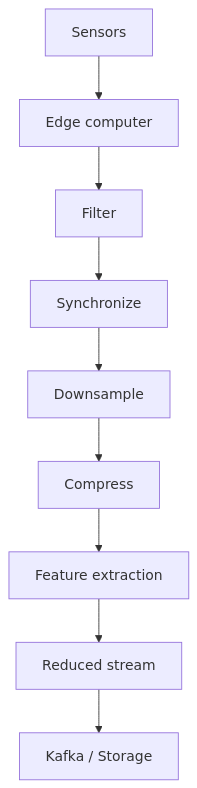
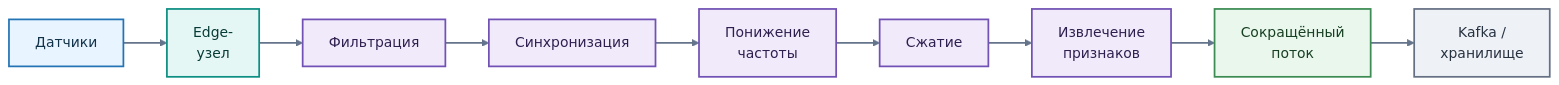
Before and after one commit to BosenkoTM/Big-data-processing-methods: the eighth of 13 diagrams in 2026/lectures/lecture_03_robotics_iot_big_data.md, drawn with Mermaid. The commit also changed other lines of this file, not shown here.

````diff
--- a/2026/lectures/lecture_03_robotics_iot_big_data.md
+++ b/2026/lectures/lecture_03_robotics_iot_big_data.md
@@ -504,11 +588,25 @@
 ```mermaid
-flowchart TD
-    S["Sensors"] --> E["Edge computer"]
-    E --> F["Filter"]
-    F --> SY["Synchronize"]
-    SY --> DS["Downsample"]
-    DS --> C["Compress"]
-    C --> FE["Feature extraction"]
-    FE --> OUT["Reduced stream"]
-    OUT --> KS["Kafka / Storage"]
+flowchart LR
+    S["Датчики"] --> E["Edge-<br/>узел"]
+    E --> F["Фильтрация"]
+    F --> SY["Синхронизация"]
+    SY --> DS["Понижение<br/>частоты"]
+    DS --> C["Сжатие"]
+    C --> FE["Извлечение<br/>признаков"]
+    FE --> OUT["Сокращённый<br/>поток"]
+    OUT --> KS["Kafka /<br/>хранилище"]
+
+    classDef source fill:#E8F4FF,stroke:#2474B5,color:#12324A,stroke-width:2px
+    classDef edge fill:#E5F7F5,stroke:#0E8F83,color:#073B37,stroke-width:2px
+    classDef process fill:#F0EAFB,stroke:#7251B5,color:#2F1F4F,stroke-width:2px
+    classDef output fill:#E9F7EC,stroke:#3C8C53,color:#173F22,stroke-width:2px
+    classDef storage fill:#EEF2F7,stroke:#667085,color:#273240,stroke-width:2px
+
+    class S source
+    class E edge
+    class F,SY,DS,C,FE process
+    class OUT output
+    class KS storage
+
+    linkStyle default stroke:#64748B,stroke-width:2px
 ```
````
